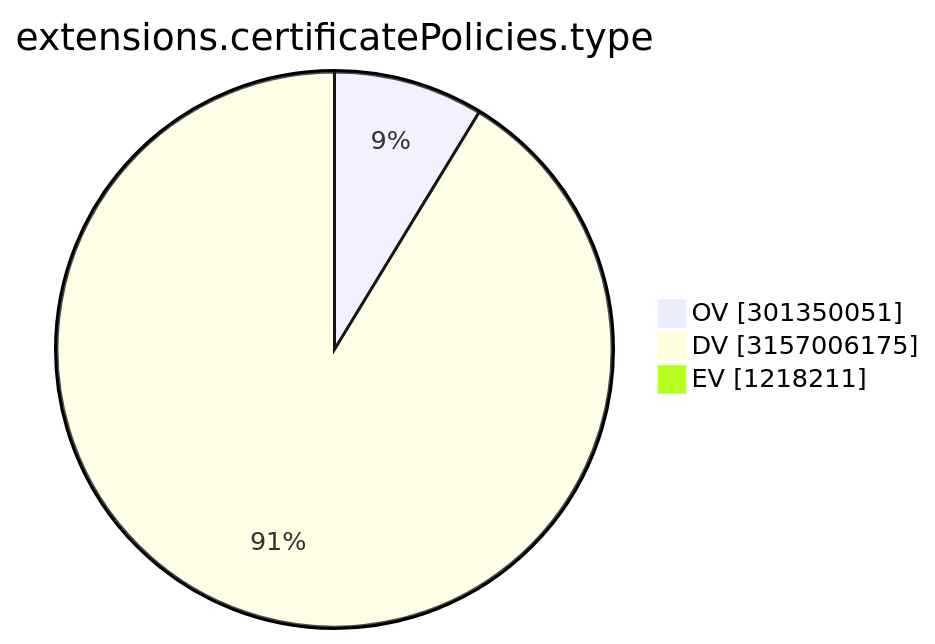
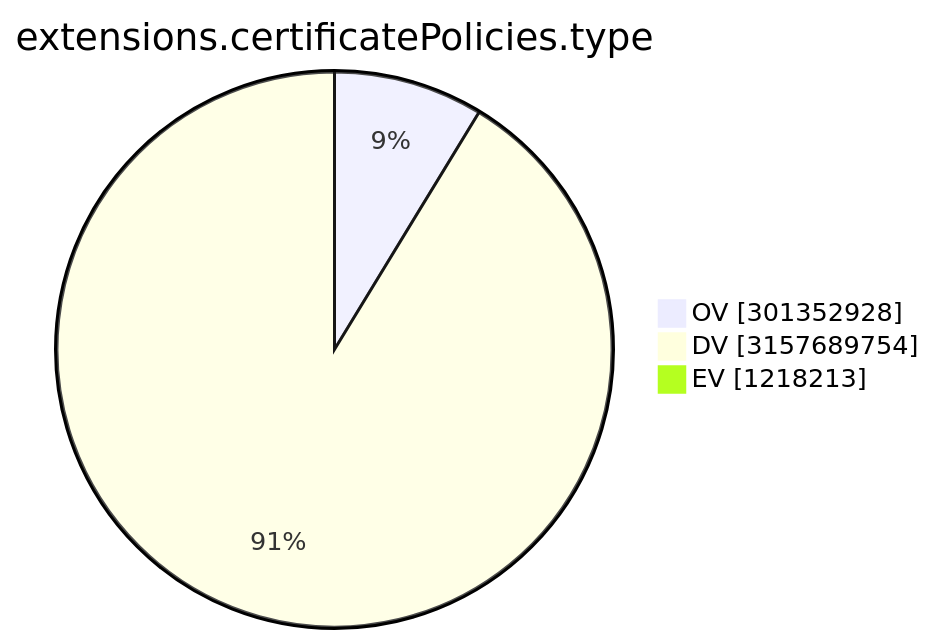
Before and after one commit to christiankrug/ctmonitor_visualization: the ninth of 15 diagrams in TOTAL/README.md, drawn with Mermaid. The commit also changed other lines of this file, not shown here.

````diff
--- a/TOTAL/README.md
+++ b/TOTAL/README.md
@@ -3105,7 +3105,7 @@
 ```mermaid
 pie showData
 title extensions.certificatePolicies.type
-"OV" :301350051
-"DV" :3157006175
-"EV" :1218211
+"OV" :301352928
+"DV" :3157689754
+"EV" :1218213
 ```
````
